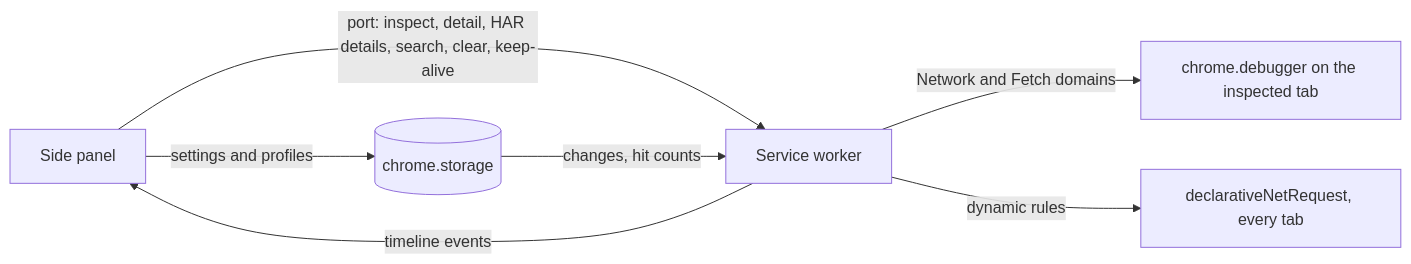
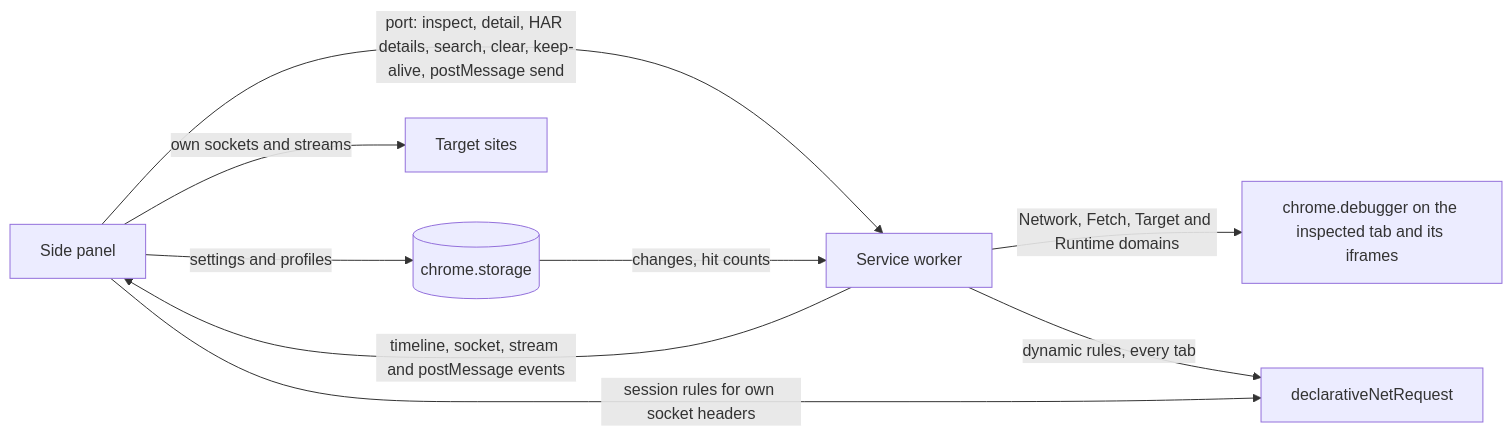
The diagram in docs/Overview.md (efthymios-ks/rewire-chrome-extension), drawn with Mermaid before and after one commit. The commit also changed other lines of this file and 261 other files, not shown here.

Commit message:
Add WS, SSE, postMessage and HAR Inspector tabs

````diff
--- a/docs/Overview.md
+++ b/docs/Overview.md
@@ -12,9 +12,11 @@
 ```mermaid
 flowchart LR
-    panel["Side panel"] -- "port: inspect, detail, HAR details, search, clear, keep-alive" --> worker["Service worker"]
-    worker -- "timeline events" --> panel
+    panel["Side panel"] -- "port: inspect, detail, HAR details, search, clear, keep-alive, postMessage send" --> worker["Service worker"]
+    worker -- "timeline, socket, stream and postMessage events" --> panel
     panel -- "settings and profiles" --> storage[("chrome.storage")]
     storage -- "changes, hit counts" --> worker
-    worker -- "Network and Fetch domains" --> debugger["chrome.debugger on the inspected tab"]
-    worker -- "dynamic rules" --> dnr["declarativeNetRequest, every tab"]
+    worker -- "Network, Fetch, Target and Runtime domains" --> debugger["chrome.debugger on the inspected tab and its iframes"]
+    worker -- "dynamic rules, every tab" --> dnr["declarativeNetRequest"]
+    panel -- "session rules for own socket headers" --> dnr
+    panel -- "own sockets and streams" --> sites["Target sites"]
 ```
````
